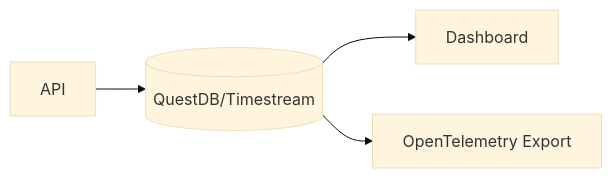
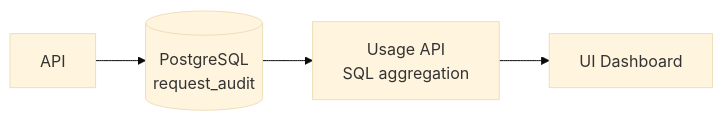
One commit to vm-x-ai/vm-x-ai changed diagram 11 of 12 in docs/docs/architecture.md. Above: the diagram before and after it, drawn with Mermaid (base theme). The commit also changed other lines of this file and 687 other files, not shown here.

````diff
--- a/docs/docs/architecture.md
+++ b/docs/docs/architecture.md
@@ -364,6 +375,6 @@
 ```mermaid
 flowchart LR
-    API[API] --> TS[(QuestDB/Timestream)]
-    TS --> Dashboard[Dashboard]
-    TS --> Export[OpenTelemetry Export]
+    API[API] --> Audit[(PostgreSQL<br/>request_audit)]
+    Audit --> UsageAPI[Usage API<br/>SQL aggregation]
+    UsageAPI --> Dashboard[UI Dashboard]
 ```
````
